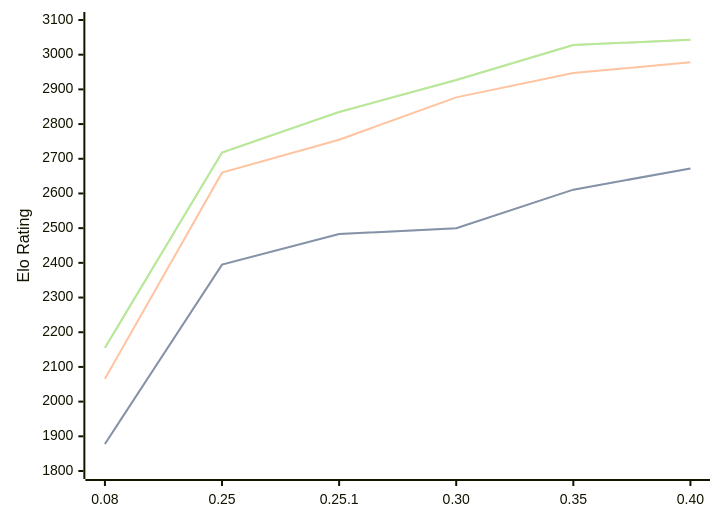
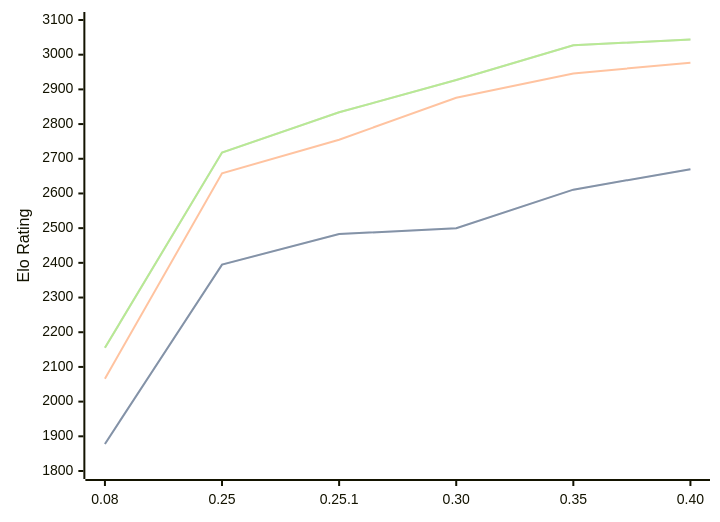
One commit to computer-chess-index/cci changed the diagram in engines/Gecko.md. Above: the diagram before and after it, drawn with Mermaid. The commit also changed other lines of this file, not shown here.

Commit message:
Update CCI Ratings (ELO VLTC) - 2026-09-03

````diff
--- a/engines/Gecko.md
+++ b/engines/Gecko.md
@@ -36,11 +36,11 @@
 ```mermaid
 %%{init: {"theme":"base","themeVariables":{"seriesColors:['#a3a3a3','#222221','#faa371']}}}%%
 xychart-beta
   x-axis ["0.08", "0.25", "0.25.1", "0.30", "0.35", "0.40"]
   y-axis "Elo Rating" 1800 --> 3100
-  line "" [1878, 2395, 2483, 2500, 2611, 2672]
-  line "STC (8.0+0.08s)" [1878, 2395, 2483, 2500, 2611, 2672]
-  line "LTC (60.0+0.60s)" [2066, 2660, 2755, 2877, 2947, 2978]
-  line "" [2155, 2718, 2835, 2927, 3028, 3043]
-  line "VLTC (2m24s+1.12s)" [2155, 2718, 2835, 2927, 3028, 3043]
+  line "" [1878, 2395, 2483, 2500, 2611, 2670]
+  line "STC (8.0+0.08s)" [1878, 2395, 2483, 2500, 2611, 2670]
+  line "LTC (60.0+0.60s)" [2066, 2658, 2755, 2876, 2946, 2977]
+  line "" [2155, 2718, 2834, 2927, 3027, 3044]
+  line "VLTC (2m24s+1.12s)" [2155, 2718, 2834, 2927, 3027, 3044]
 ```
````
